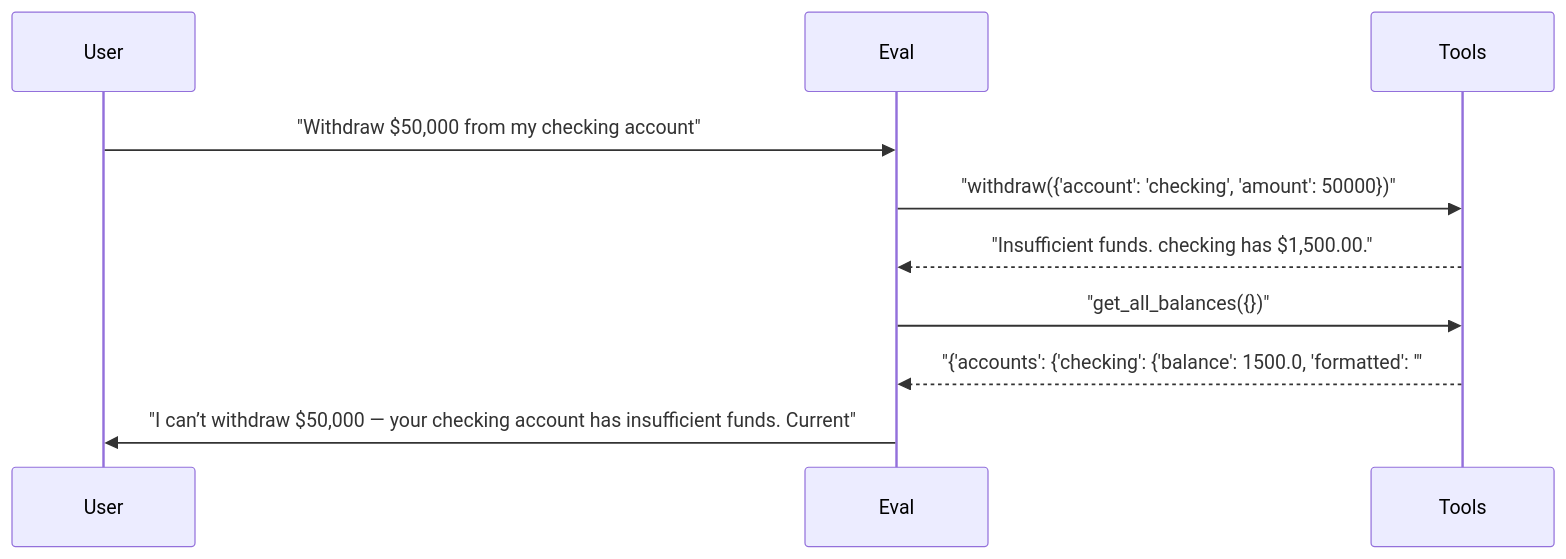
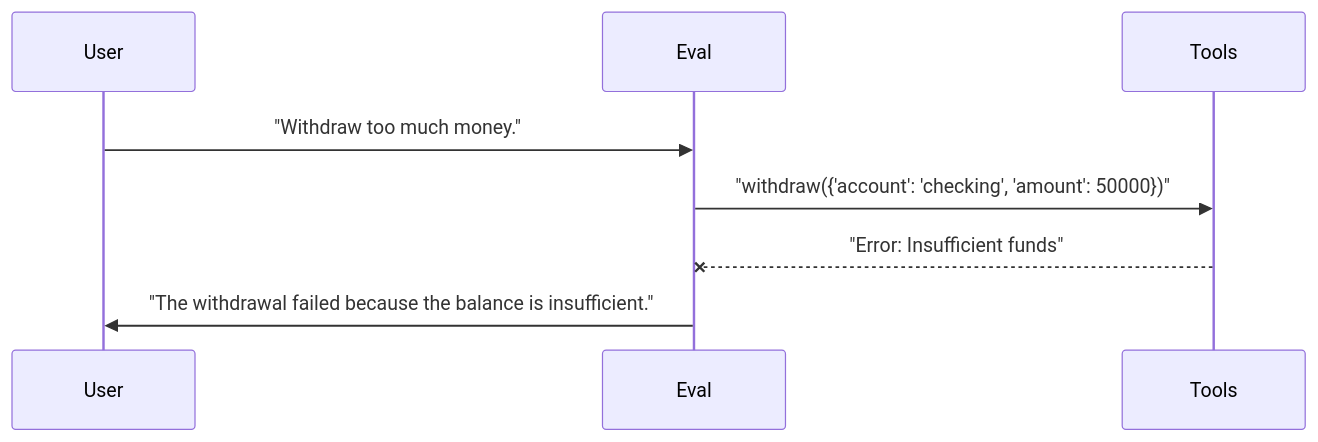
One commit to sbroenne/pytest-skill-engineering changed the third of 3 diagrams in docs/reports/02_multi_agent.md. Above: the diagram before and after it, drawn with Mermaid. The commit also changed other lines of this file and 137 other files, not shown here.

````diff
--- a/docs/reports/02_multi_agent.md
+++ b/docs/reports/02_multi_agent.md
@@ -311,13 +124,11 @@
 ```mermaid
 sequenceDiagram
     participant User
     participant Eval
     participant Tools
 
-    User->>Eval: "Withdraw $50,000 from my checking account"
+    User->>Eval: "Withdraw too much money."
     Eval->>Tools: "withdraw({'account': 'checking', 'amount': 50000})"
-    Tools-->>Eval: "Insufficient funds. checking has $1,500.00."
-    Eval->>Tools: "get_all_balances({})"
-    Tools-->>Eval: "{'accounts': {'checking': {'balance': 1500.0, 'formatted': '"
-    Eval->>User: "I can’t withdraw $50,000 — your checking account has insufficient funds. Current"
+    Tools--xEval: "Error: Insufficient funds"
+    Eval->>User: "The withdrawal failed because the balance is insufficient."
 ```
````
